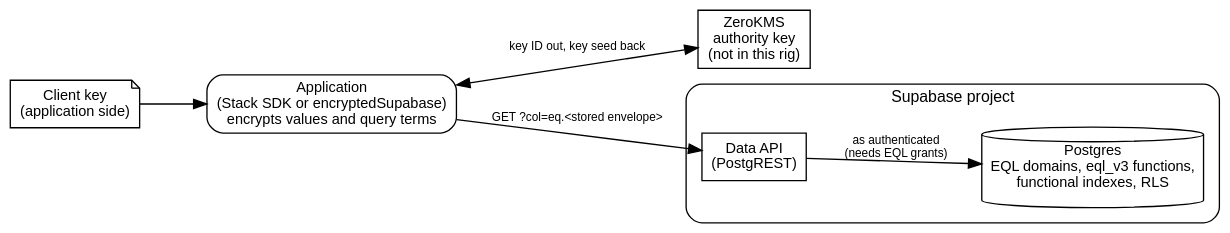
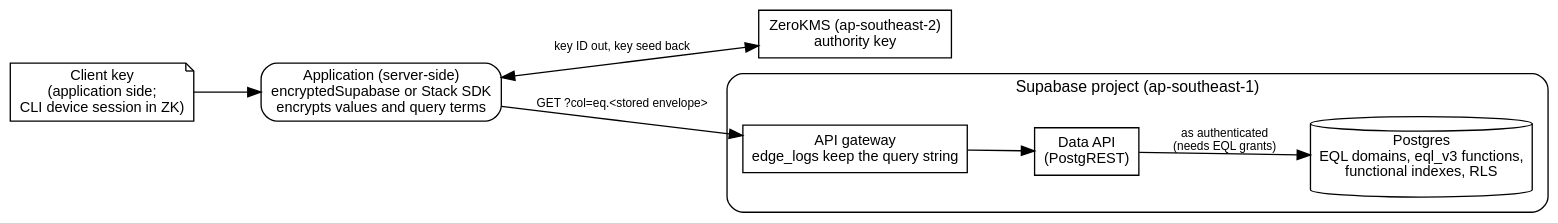
The diagram in src/content/docs/reference/supabase-cipherstash-eql.mdx (erfianugrah/lexicanum), drawn with Graphviz before and after one commit. The commit also changed other lines of this file and 2 other files, not shown here.

First line of the commit message:
docs(reference): CipherStash on Supabase with ZeroKMS keys through encryptedSupabase

````diff
--- a/src/content/docs/reference/supabase-cipherstash-eql.mdx
+++ b/src/content/docs/reference/supabase-cipherstash-eql.mdx
@@ -28,23 +36,25 @@
 ```dot
 digraph {
   rankdir=LR; bgcolor="transparent"; nodesep=0.3; ranksep=0.7;
   fontname="Helvetica,Arial,sans-serif";
   node [fontname="Helvetica,Arial,sans-serif", fontsize=11, shape=box];
   edge [fontname="Helvetica,Arial,sans-serif", fontsize=9];
 
-  app [label="Application\n(Stack SDK or encryptedSupabase)\nencrypts values and query terms", style=rounded];
-  kms [label="ZeroKMS\nauthority key\n(not in this rig)"];
-  ck [label="Client key\n(application side)", shape=note];
+  app [label="Application (server-side)\nencryptedSupabase or Stack SDK\nencrypts values and query terms", style=rounded];
+  kms [label="ZeroKMS (ap-southeast-2)\nauthority key"];
+  ck [label="Client key\n(application side;\nCLI device session in ZK)", shape=note];
 
   subgraph cluster_sb {
-    label="Supabase project"; style=rounded; fontsize=12; margin=12;
+    label="Supabase project (ap-southeast-1)"; style=rounded; fontsize=12; margin=12;
+    gw [label="API gateway\nedge_logs keep the query string"];
     rest [label="Data API\n(PostgREST)"];
     pg [label="Postgres\nEQL domains, eql_v3 functions,\nfunctional indexes, RLS", shape=cylinder];
   }
 
   app -> kms [label="key ID out, key seed back", dir=both];
   ck -> app;
-  app -> rest [label="GET ?col=eq.<stored envelope>"];
+  app -> gw [label="GET ?col=eq.<stored envelope>"];
+  gw -> rest;
   rest -> pg [label="as authenticated\n(needs EQL grants)"];
 }
 ```
````
